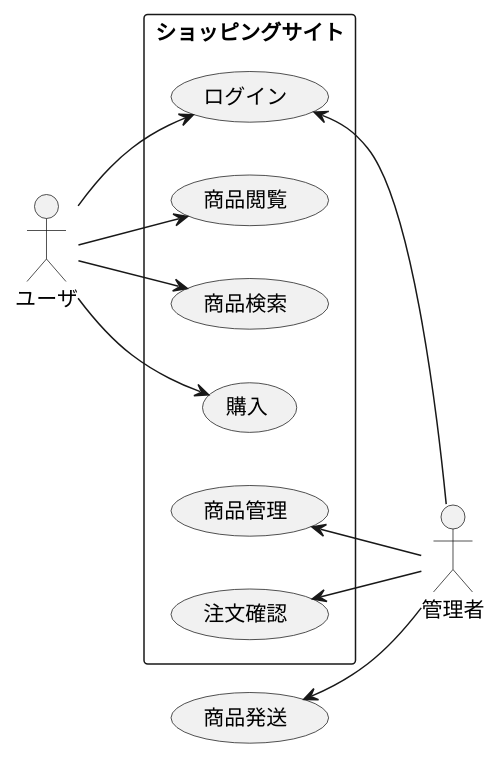
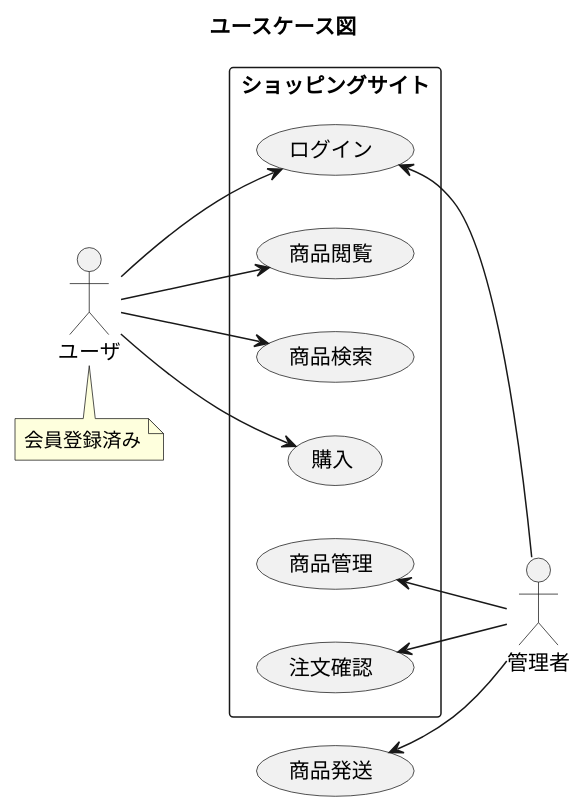
One commit to koharas/Lesson changed the diagram in src/uml/usecase.pu. Above: the diagram before and after it, drawn with PlantUML. The commit also changed 22 other files, not shown here.

```diff
--- a/src/uml/usecase.pu
+++ b/src/uml/usecase.pu
@@ -1,15 +1,20 @@
 @startuml
+title ユースケース図
+skinparam DefaultFontName メイリオ
 left to right direction
 actor ユーザ
+note bottom of ユーザ
+	会員登録済み
+end note
 actor 管理者
 rectangle ショッピングサイト{
 	ユーザ --> (ログイン)
 	ユーザ --> (商品閲覧)
 	ユーザ --> (商品検索)
 	ユーザ --> (購入)
 	(ログイン) <-- 管理者
 	(商品管理) <-- 管理者
 	(注文確認) <-- 管理者
 }
 (商品発送) <-- 管理者
 @enduml
```
